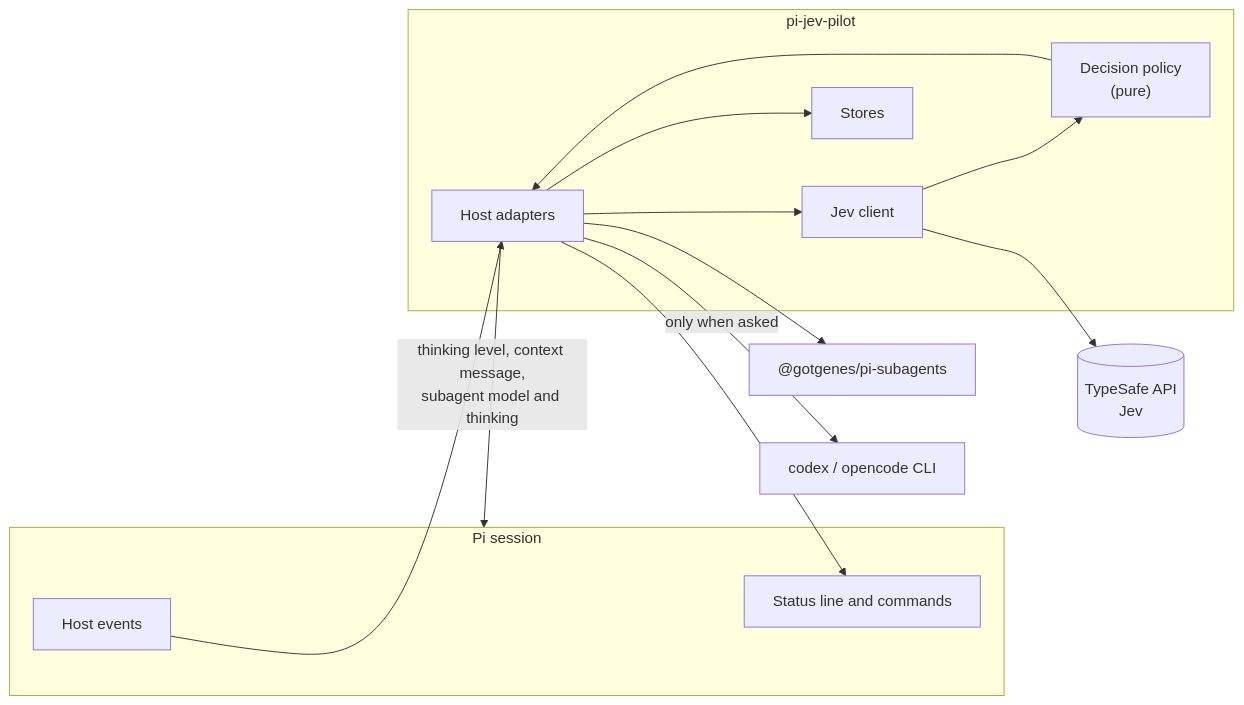
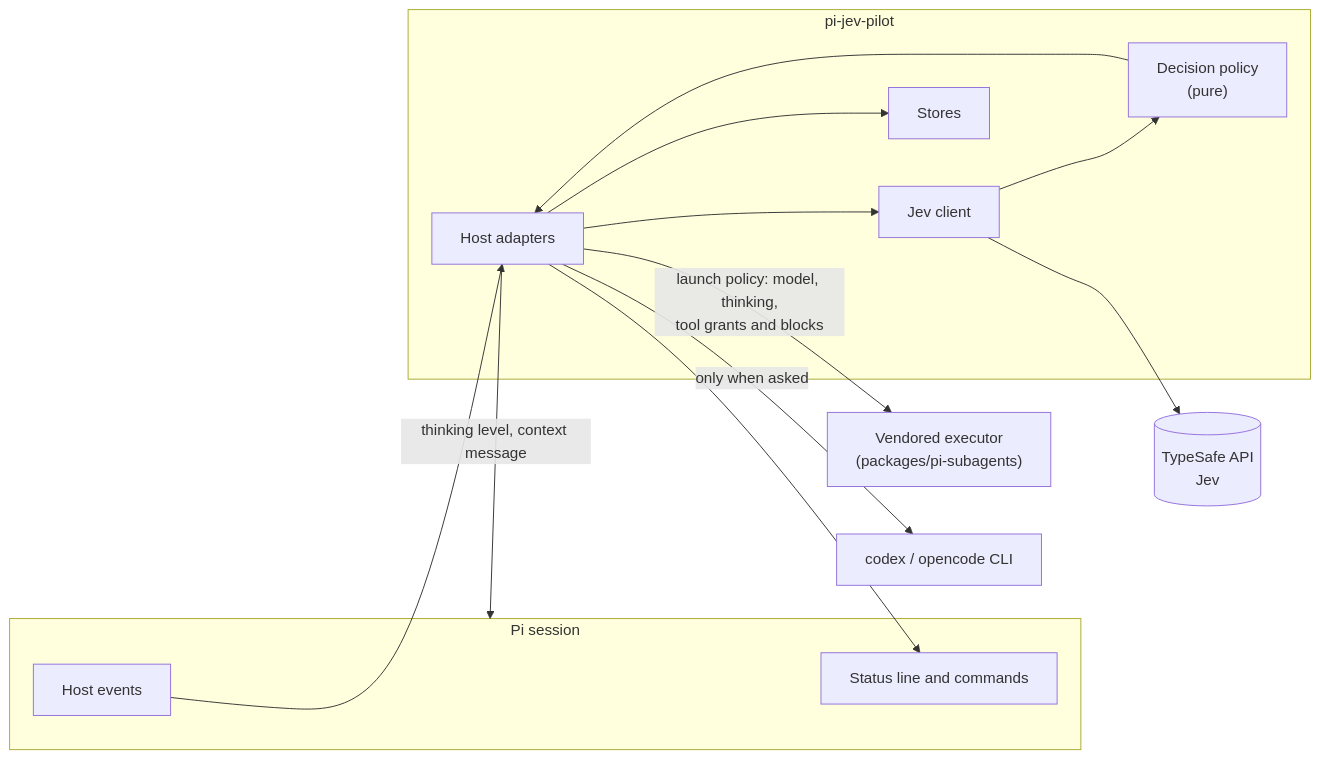
Before and after one commit to ttdua/pi-jev-pilot: the first of 2 diagrams in docs/architecture.md, drawn with Mermaid. The commit also changed other lines of this file and 14 other files, not shown here.

Commit message:
docs: vendored executor, launch policy and tool grants

````diff
--- a/docs/architecture.md
+++ b/docs/architecture.md
@@ -9,25 +9,25 @@
 ```mermaid
 flowchart LR
     subgraph Pi["Pi session"]
         E["Host events"]
         U["Status line and commands"]
     end
     subgraph Ext["pi-jev-pilot"]
         H["Host adapters"]
         P["Decision policy<br/>(pure)"]
         C["Jev client"]
         S["Stores"]
     end
     J[("TypeSafe API<br/>Jev")]
-    X["@gotgenes/pi-subagents"]
+    X["Vendored executor<br/>(packages/pi-subagents)"]
     CLI["codex / opencode CLI"]
 
     E --> H
     H --> C --> J
     C --> P --> H
-    H -- "thinking level, context message,<br/>subagent model and thinking" --> Pi
+    H -- "thinking level, context message" --> Pi
+    H -- "launch policy: model, thinking,<br/>tool grants and blocks" --> X
     H --> U
     H --> S
-    H --> X
     H -- "only when asked" --> CLI
 ```
````
